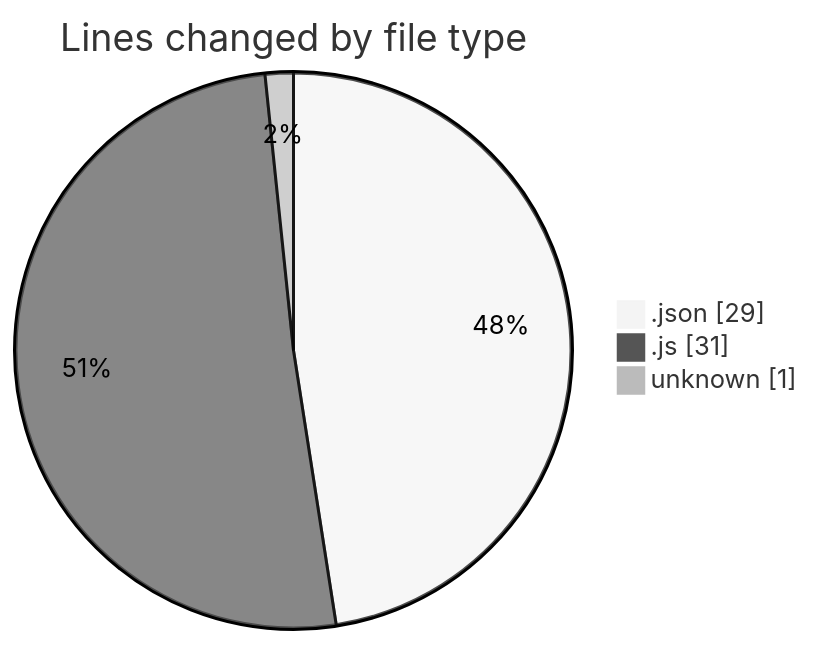
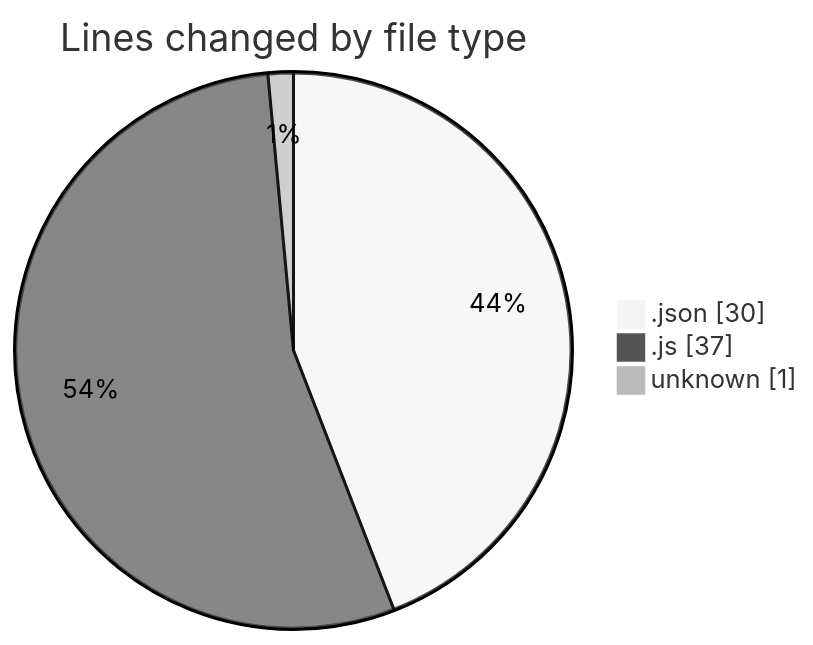
Before and after one commit to Ritupan-Deka/code-tracking: the first of 2 diagrams in 2025-07-16/mern-workoutboard/README.md, drawn with Mermaid (neutral theme). The commit also changed other lines of this file and 1 other file, not shown here.

````diff
--- a/2025-07-16/mern-workoutboard/README.md
+++ b/2025-07-16/mern-workoutboard/README.md
@@ -22,7 +22,7 @@
 ```mermaid
 pie showData
 title Lines changed by file type
-".json" : 29
-".js" : 31
+".json" : 30
+".js" : 37
 "unknown" : 1
 ```
````
